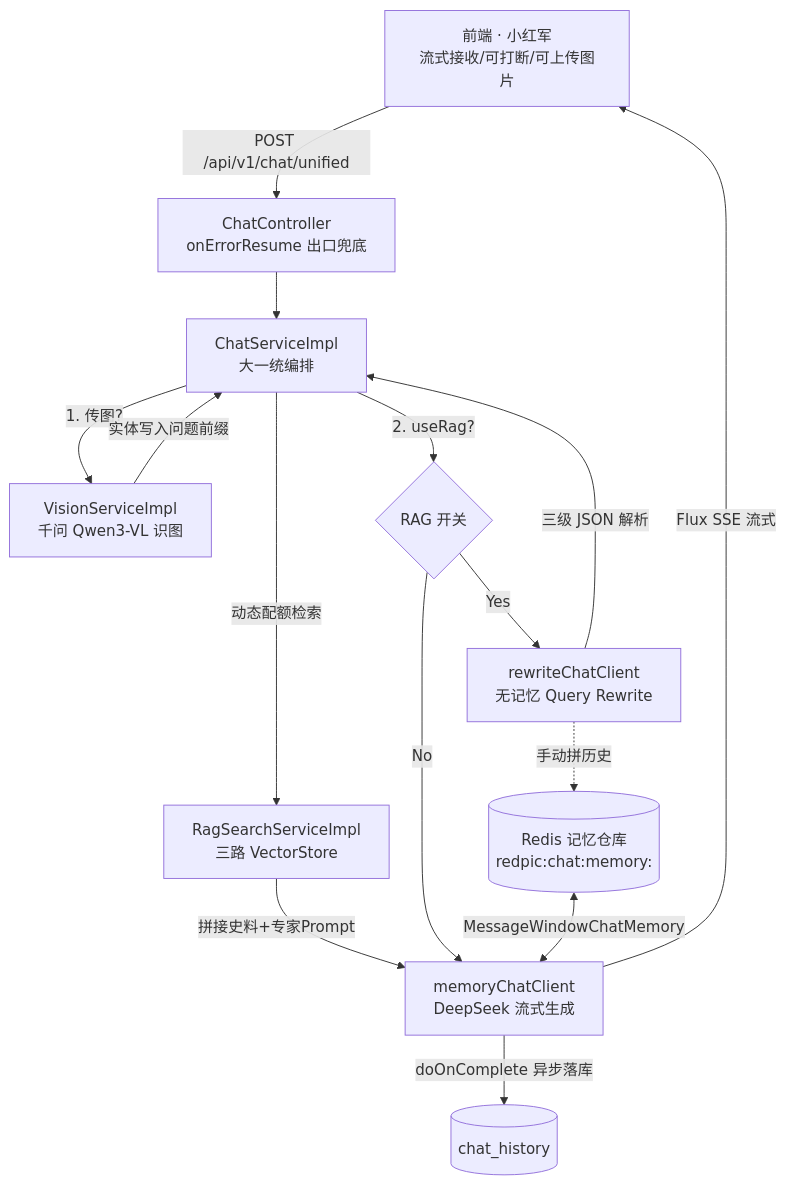
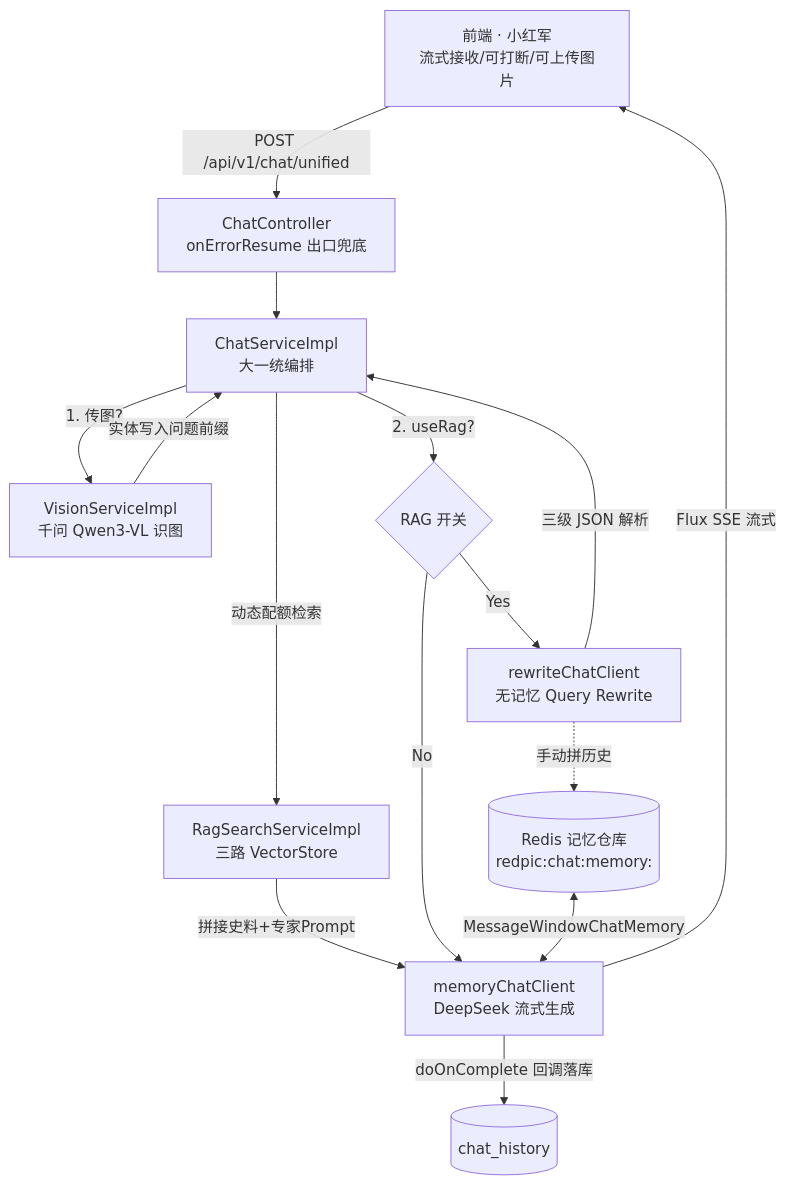
Before and after one commit to Dronhui/RedPic: the diagram in README.md, drawn with Mermaid. The commit also changed other lines of this file and 5 other files, not shown here.

````diff
--- a/README.md
+++ b/README.md
@@ -37,24 +37,24 @@
 ```mermaid
 graph TD
     Client[前端 · 小红军<br/>流式接收/可打断/可上传图片] -->|POST /api/v1/chat/unified| Controller[ChatController<br/>onErrorResume 出口兜底]
 
     Controller --> Service[ChatServiceImpl<br/>大一统编排]
 
     Service -->|1. 传图?| Vision[VisionServiceImpl<br/>千问 Qwen3-VL 识图]
     Vision -->|实体写入问题前缀| Service
 
     Service -->|2. useRag?| Router{RAG 开关}
 
     Router -->|Yes| Rewrite[rewriteChatClient<br/>无记忆 Query Rewrite]
     Rewrite -->|三级 JSON 解析| Service
     Service -->|动态配额检索| RagSearch[RagSearchServiceImpl<br/>三路 VectorStore]
     RagSearch -->|拼接史料+专家Prompt| LLM[memoryChatClient<br/>DeepSeek 流式生成]
 
     Router -->|No| LLM
 
     LLM -->|Flux SSE 流式| Client
-    LLM -->|doOnComplete 异步落库| MySQL[(chat_history)]
+    LLM -->|doOnComplete 回调落库| MySQL[(chat_history)]
 
     Memory[(Redis 记忆仓库<br/>redpic:chat:memory:)] <-->|MessageWindowChatMemory| LLM
     Rewrite -.手动拼历史.-> Memory
 ```
````
